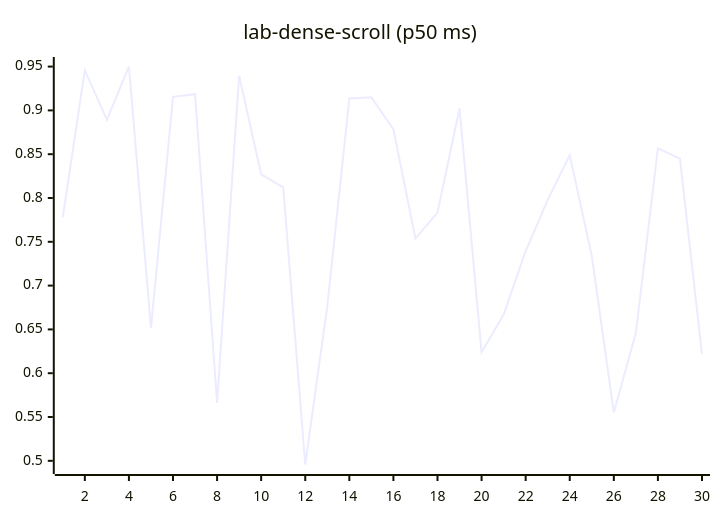
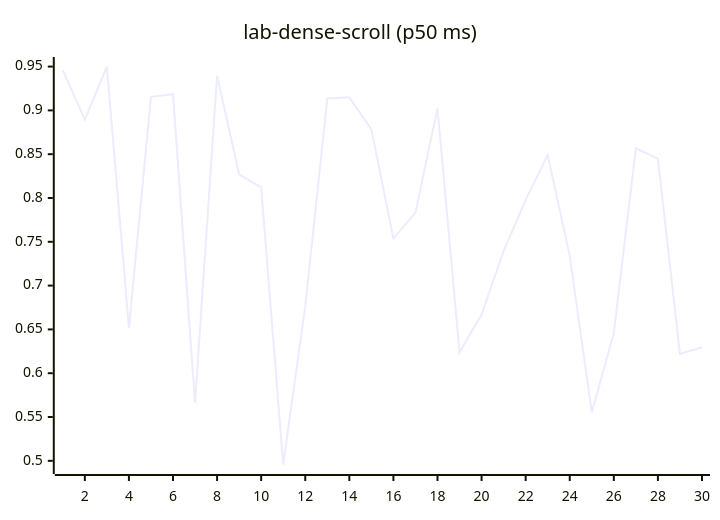
One commit to josha/Facet changed diagram 12 of 27 in README.md. Above: the diagram before and after it, drawn with Mermaid. The commit also changed other lines of this file and 2 other files, not shown here.

````diff
--- a/README.md
+++ b/README.md
@@ -140,6 +140,6 @@
 ```mermaid
 xychart-beta
     title "lab-dense-scroll (p50 ms)"
     x-axis 1 --> 30
-    line [0.7780, 0.9459, 0.8894, 0.9501, 0.6514, 0.9155, 0.9185, 0.5661, 0.9396, 0.8271, 0.8121, 0.4958, 0.6764, 0.9135, 0.9149, 0.8783, 0.7537, 0.7833, 0.9024, 0.6238, 0.6669, 0.7395, 0.7979, 0.8489, 0.7339, 0.5552, 0.6458, 0.8568, 0.8450, 0.6219]
+    line [0.9459, 0.8894, 0.9501, 0.6514, 0.9155, 0.9185, 0.5661, 0.9396, 0.8271, 0.8121, 0.4958, 0.6764, 0.9135, 0.9149, 0.8783, 0.7537, 0.7833, 0.9024, 0.6238, 0.6669, 0.7395, 0.7979, 0.8489, 0.7339, 0.5552, 0.6458, 0.8568, 0.8450, 0.6219, 0.6297]
 ```
````
